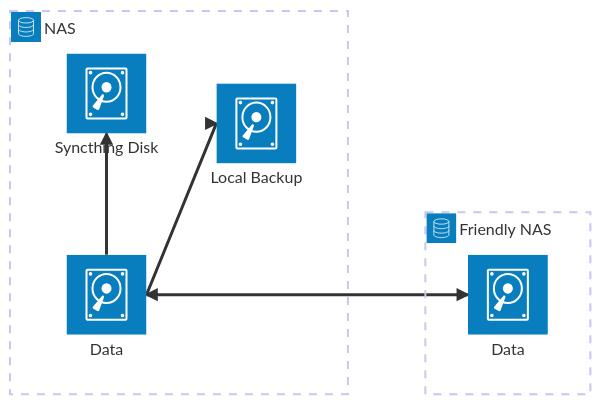
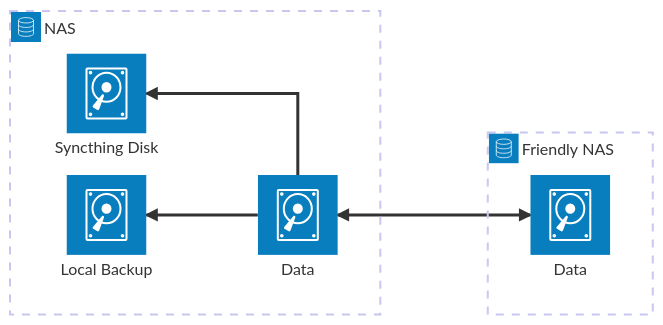
Before and after one commit to rijkt/rijkt.link: the third of 3 diagrams in content/blog/backup-writeup.md, drawn with Mermaid. The commit also changed other lines of this file, not shown here.

````diff
--- a/content/blog/backup-writeup.md
+++ b/content/blog/backup-writeup.md
@@ -72,19 +74,19 @@
 ```mermaid
 architecture-beta
     group nas(database)[NAS]
 
 
 	service disk1(disk)[Data] in nas
     service disk2(disk)[Local Backup] in nas
     service disk3(disk)[Syncthing Disk] in nas
 
 
 
-	disk1:R --> L:disk2
-    disk1:T --> B:disk3
+	disk1:L --> R:disk2
+    disk1:T --> R:disk3
 
     group friend(database)[Friendly NAS]
 	service diskf(disk)[Data] in friend
 
     disk1:R <--> L:diskf
 ```
````
